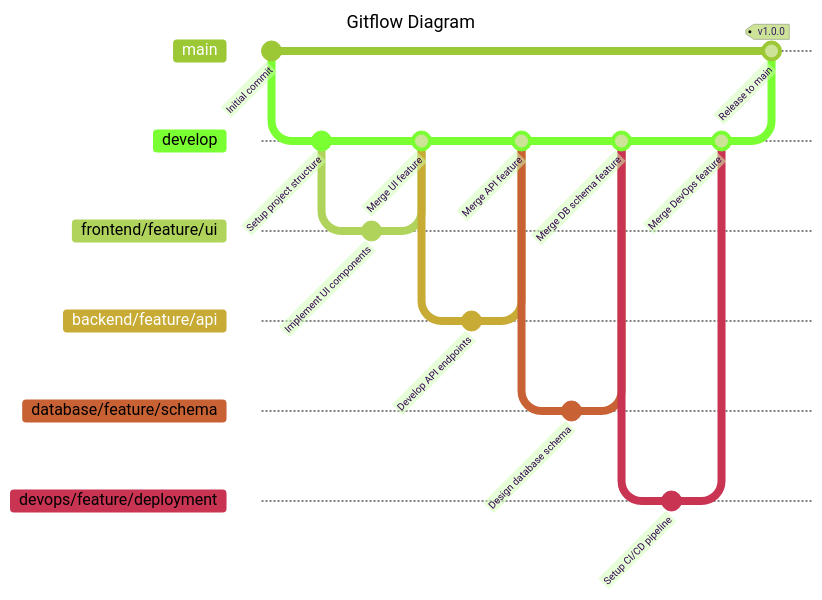
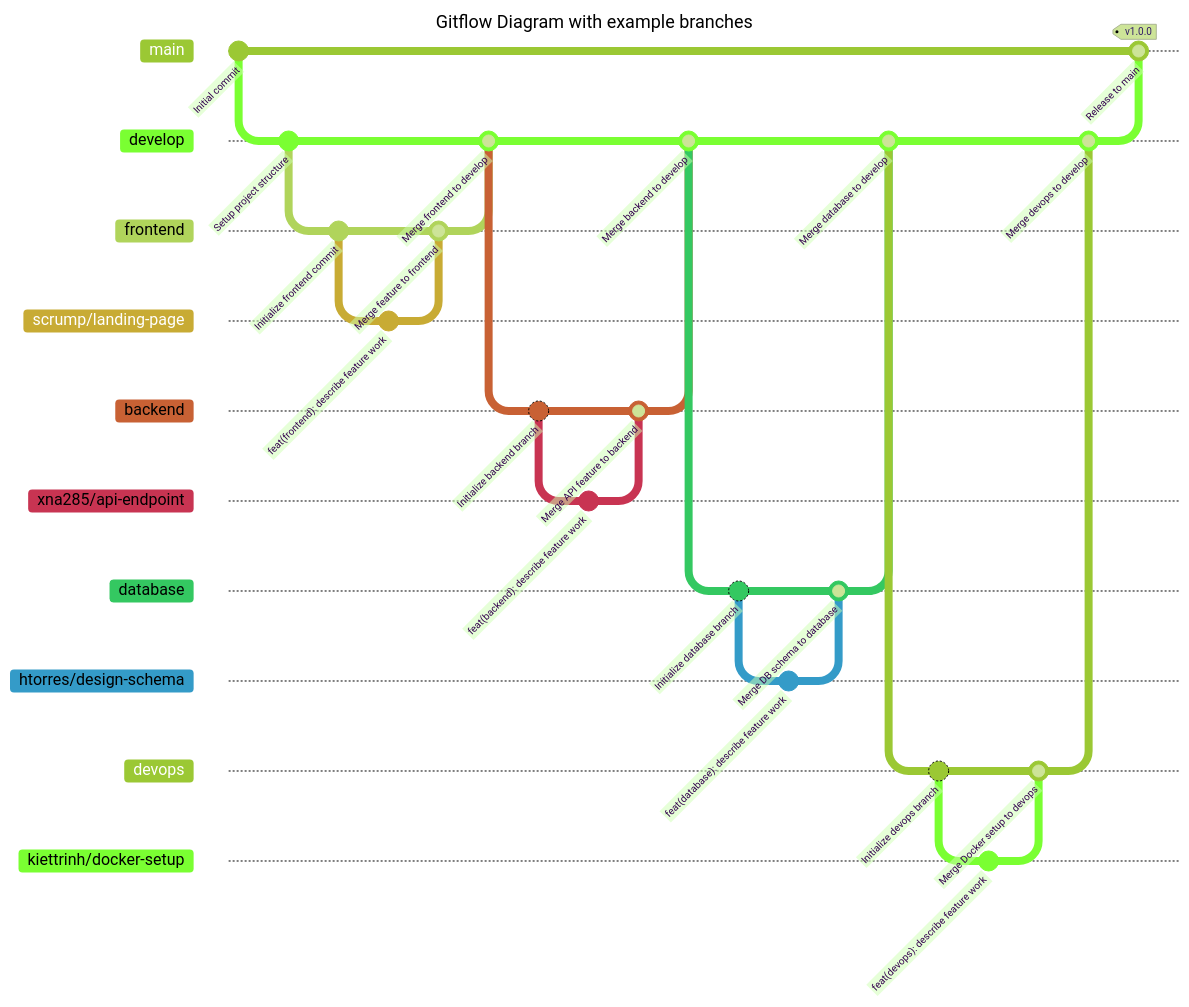
The sixth of 6 diagrams in SystemAnalysisDesign/ClassroomDiagram.md (BuffTeks-WT/Classroom-Schedule-Display), drawn with Mermaid before and after one commit. The commit also changed other lines of this file and 1 other file, not shown here.

Commit message:
docs(develop): updated README and Design Diagram for Gitflow

````diff
--- a/SystemAnalysisDesign/ClassroomDiagram.md
+++ b/SystemAnalysisDesign/ClassroomDiagram.md
@@ -246,40 +246,60 @@
 ```mermaid
 ---
-title: Gitflow Diagram
+title: Gitflow Diagram with example branches
 config:
     theme: forest
 ---
 gitGraph
     commit id: "Initial commit"
     branch develop
     checkout develop
     commit id: "Setup project structure"
     
-    branch frontend/feature/ui
-    checkout frontend/feature/ui
-    commit id: "Implement UI components"
+    branch frontend
+    checkout frontend
+    commit id: "Initialize frontend commit"
+    branch scrump/landing-page %% format: dev-name/feature-description
+    checkout scrump/landing-page
+    commit id: "feat(frontend): describe feature work" %% commit example: "git commit -m 'feat(frontend): ui implemented for landing page"
+    checkout frontend
+    merge scrump/landing-page id: "Merge feature to frontend"
     checkout develop
-    merge frontend/feature/ui id: "Merge UI feature"
+    merge frontend id: "Merge frontend to develop"
 
-    branch backend/feature/api
-    checkout backend/feature/api
-    commit id: "Develop API endpoints"
+    branch backend
+    checkout backend
+    commit id: "Initialize backend branch"
+    branch xna285/api-endpoint %% format: dev-name/feature-description
+    checkout xna285/api-endpoint
+    commit id: "feat(backend): describe feature work" %% commit example: "git commit -m 'feat(backend): develop API endpoints"
+    checkout backend
+    merge xna285/api-endpoint id: "Merge API feature to backend"
     checkout develop
-    merge backend/feature/api id: "Merge API feature"
+    merge backend id: "Merge backend to develop"
 
-    branch database/feature/schema
-    checkout database/feature/schema
-    commit id: "Design database schema"
+    branch database
+    checkout database
+    commit id: "Initialize database branch"
+    branch htorres/design-schema %% format: dev-name/feature-description
+    checkout htorres/design-schema
+    commit id: "feat(database): describe feature work" %% commit example: "git commit -m 'feat(database): design database schema"
+    checkout database
+    merge htorres/design-schema id: "Merge DB schema to database"   
     checkout develop
-    merge database/feature/schema id: "Merge DB schema feature"
+    merge database id: "Merge database to develop"
 
-    branch devops/feature/deployment
-    checkout devops/feature/deployment
-    commit id: "Setup CI/CD pipeline"
+    branch devops
+    checkout devops
+    commit id: "Initialize devops branch"
+    branch kiettrinh/docker-setup %% format: dev-name/feature-description
+    checkout kiettrinh/docker-setup
+    commit id: "feat(devops): describe feature work" %% commit example: "git commit -m 'feat(devops): setup docker configuration"
+    checkout devops
+    merge kiettrinh/docker-setup id: "Merge Docker setup to devops"
     checkout develop
-    merge devops/feature/deployment id: "Merge DevOps feature"
+    merge devops id: "Merge devops to develop"
 
     checkout main
     merge develop id: "Release to main" tag: "v1.0.0"
     
 ```
````
